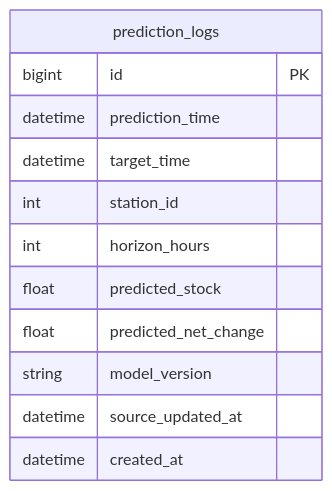
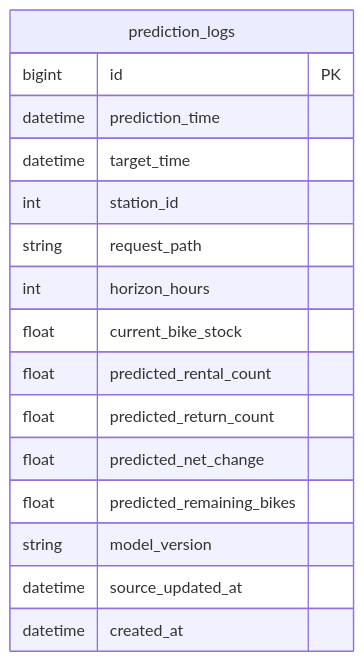
Before and after one commit to cheng80/ddri_web: the diagram in docs/02_web_service_final/05_ddri_erd.md, drawn with Mermaid. The commit also changed other lines of this file and 19 other files, not shown here.

Commit message:
Stabilize web flows and add prediction log persistence

````diff
--- a/docs/02_web_service_final/05_ddri_erd.md
+++ b/docs/02_web_service_final/05_ddri_erd.md
@@ -44,15 +48,19 @@
 ```mermaid
 erDiagram
     prediction_logs {
         bigint id PK
         datetime prediction_time
         datetime target_time
         int station_id
+        string request_path
         int horizon_hours
-        float predicted_stock
+        float current_bike_stock
+        float predicted_rental_count
+        float predicted_return_count
         float predicted_net_change
+        float predicted_remaining_bikes
         string model_version
         datetime source_updated_at
         datetime created_at
     }
 ```
````
